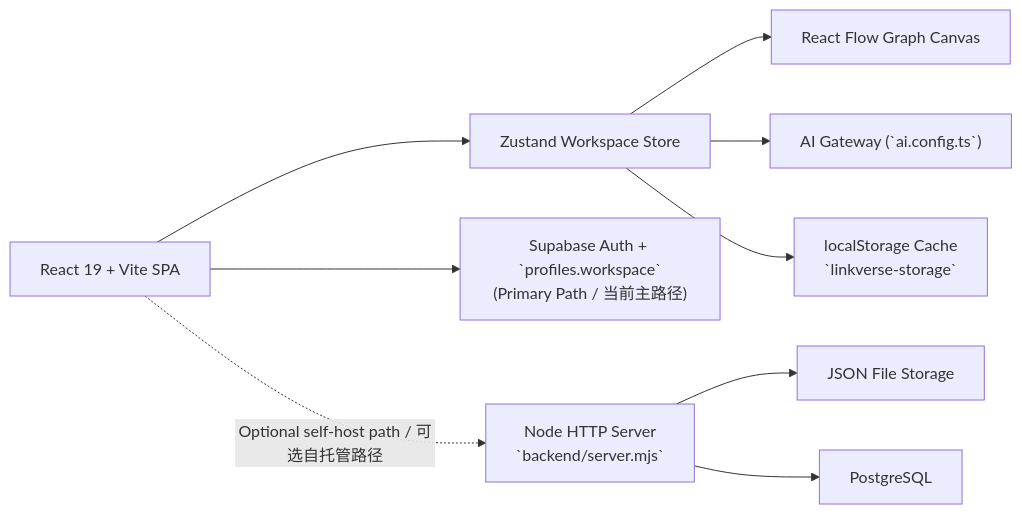
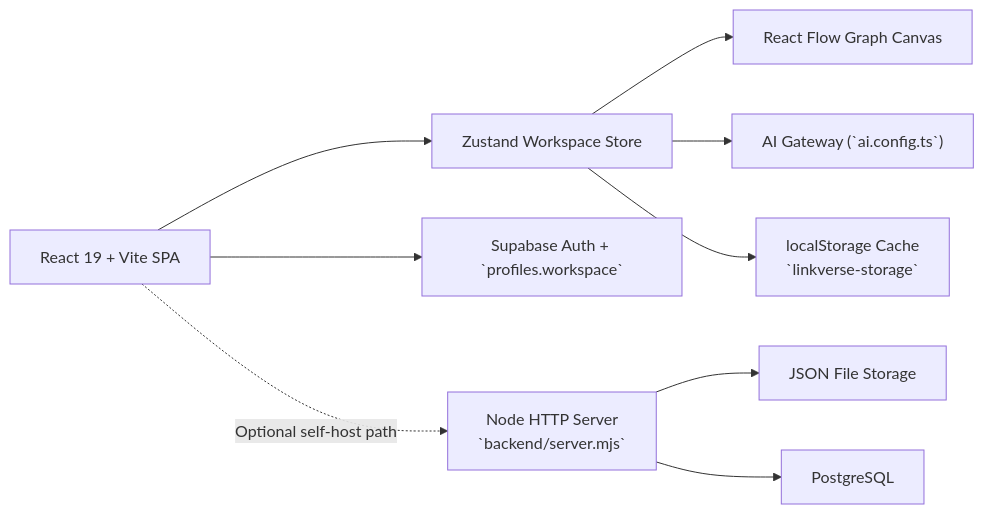
The first of 2 diagrams in README.md (JinyiLu-0x/LinkVerse), drawn with Mermaid before and after one commit. The commit also changed other lines of this file, not shown here.

````diff
--- a/README.md
+++ b/README.md
@@ -38,11 +41,11 @@
 ```mermaid
 flowchart LR
   A["React 19 + Vite SPA"] --> B["Zustand Workspace Store"]
   B --> C["React Flow Graph Canvas"]
   B --> D["AI Gateway (`ai.config.ts`)"]
-  A --> E["Supabase Auth + `profiles.workspace`<br/>(Primary Path / 当前主路径)"]
+  A --> E["Supabase Auth + `profiles.workspace`"]
   B --> F["localStorage Cache<br/>`linkverse-storage`"]
-  A -. Optional self-host path / 可选自托管路径 .-> G["Node HTTP Server<br/>`backend/server.mjs`"]
+  A -. Optional self-host path .-> G["Node HTTP Server<br/>`backend/server.mjs`"]
   G --> H["JSON File Storage"]
   G --> I["PostgreSQL"]
 ```
````
